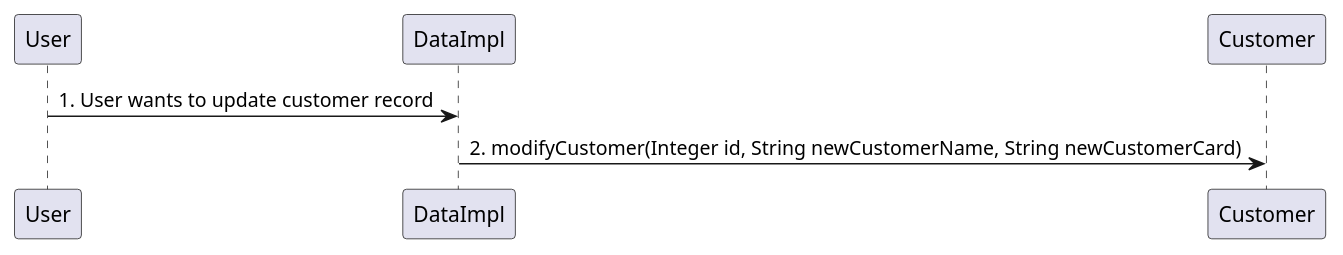
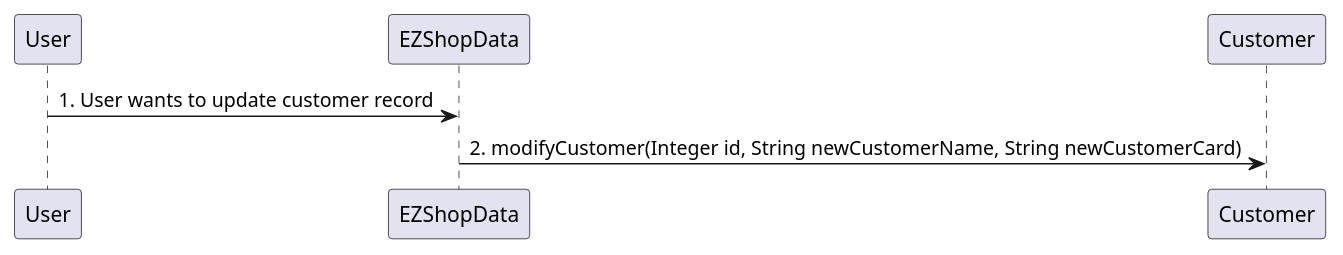
Diagram 14 of 31 in Deliverables/DesignDocument.md (djemar/softeng_ezshop), drawn with PlantUML before and after one commit. The commit also changed other lines of this file, not shown here.

Commit message:
update SequenceDiagrams

````diff
--- a/Deliverables/DesignDocument.md
+++ b/Deliverables/DesignDocument.md
@@ -374,5 +375,5 @@
 ```plantuml
-"User" -> "DataImpl" : 1. User wants to update customer record
-"DataImpl" -> "Customer" : 2. modifyCustomer(Integer id, String newCustomerName, String newCustomerCard)
+"User" -> "EZShopData" : 1. User wants to update customer record
+"EZShopData" -> "Customer" : 2. modifyCustomer(Integer id, String newCustomerName, String newCustomerCard)
 
 ```
````
